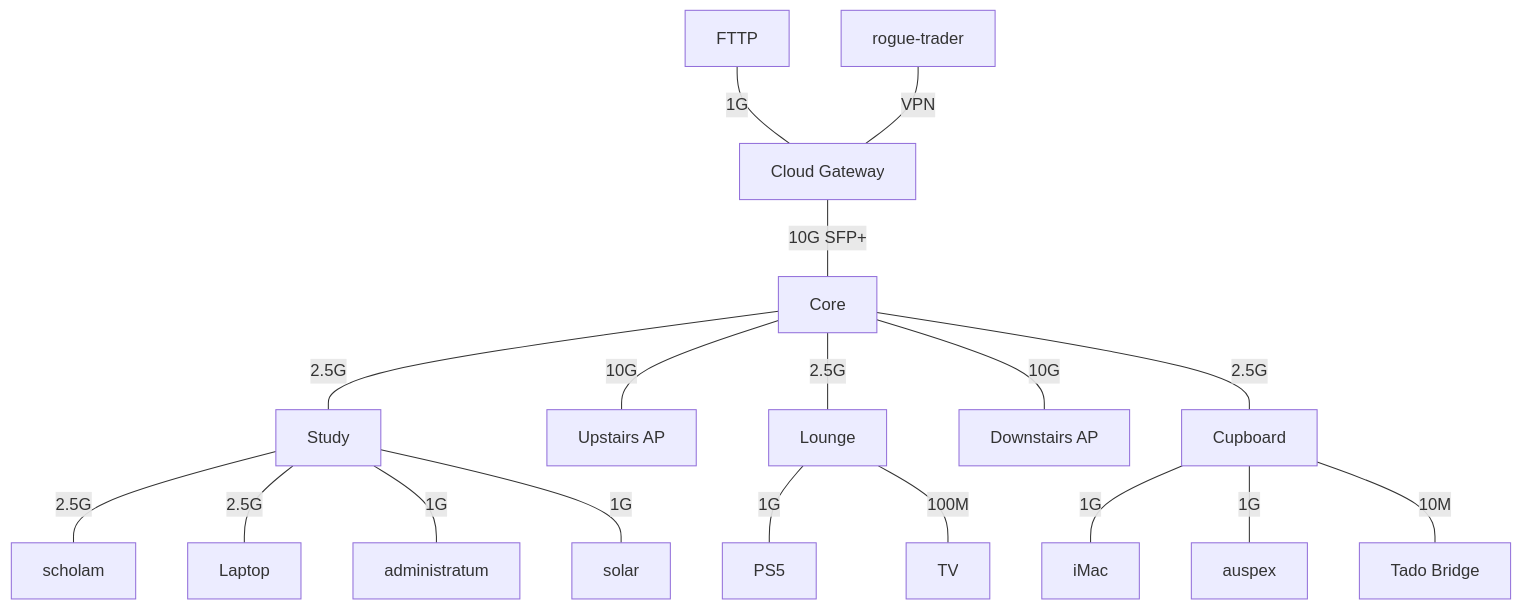
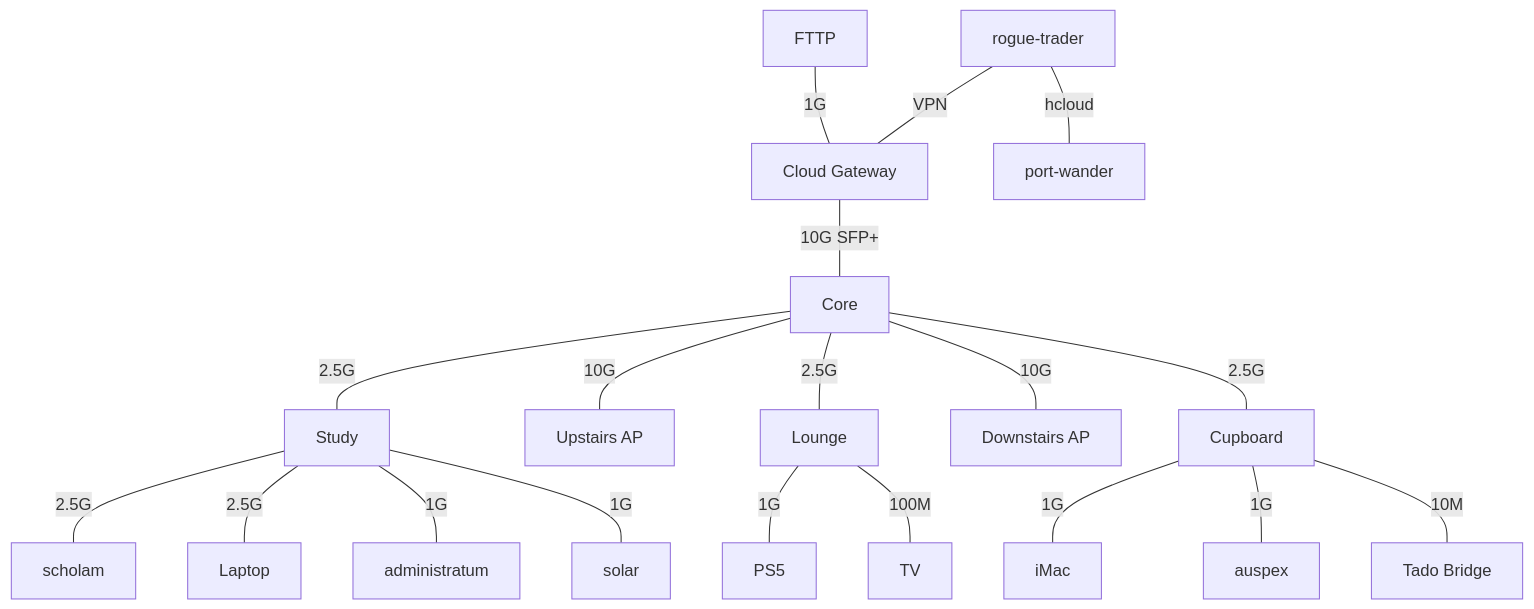
Before and after one commit to jedimasterjonny/lex-imperialis: the diagram in README.md, drawn with Mermaid. The commit also changed other lines of this file, not shown here.

Commit message:
docs(readme): name the off-site storage box port-wander
The storage box has been the one part of the backup architecture with no name,
referred to only by what it is. It now carries traffic from every host's off-site
mirror through rogue-trader, so it earns a place in the fleet list and the
network diagram alongside the host it is reached through.

Own commit, per CLAUDE.md: the root README is hand-written and never changes as a
side effect of another change.

````diff
--- a/README.md
+++ b/README.md
@@ -50,24 +51,25 @@
 ```mermaid
 flowchart TD
   fttp[FTTP] ---|1G| gw[Cloud Gateway]
   gw ---|10G SFP+| core[Core]
   rogue[rogue-trader] ---|VPN| gw
+  rogue ---|hcloud| pw[port-wander]
 
   core ---|2.5G| study[Study]
   core ---|10G| apu[Upstairs AP]
   core ---|2.5G| lounge[Lounge]
   core ---|10G| apd[Downstairs AP]
   core ---|2.5G| cupboard[Cupboard]
 
   study ---|2.5G| scholam[scholam]
   study ---|2.5G| laptop[Laptop]
   study ---|1G| nas[administratum]
   study ---|1G| solar[solar]
 
   lounge ---|1G| ps5[PS5]
   lounge ---|100M| tv[TV]
 
   cupboard ---|1G| imac[iMac]
   cupboard ---|1G| auspex[auspex]
   cupboard ---|10M| tado[Tado Bridge]
 ```
````
